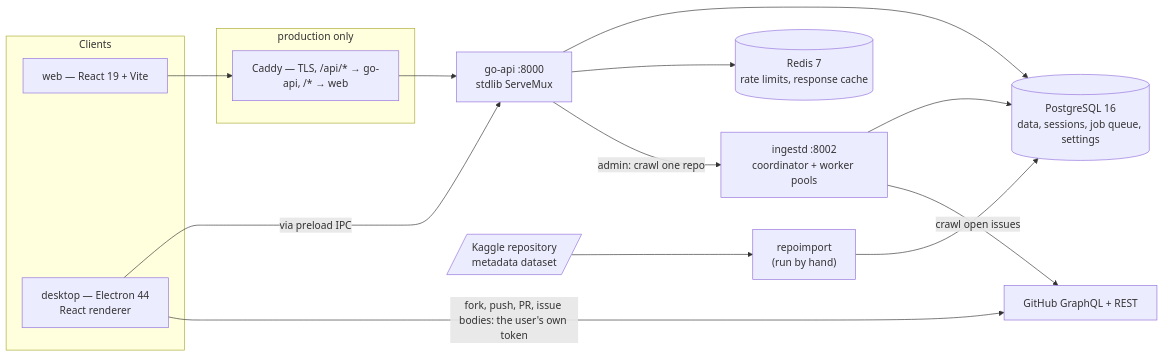
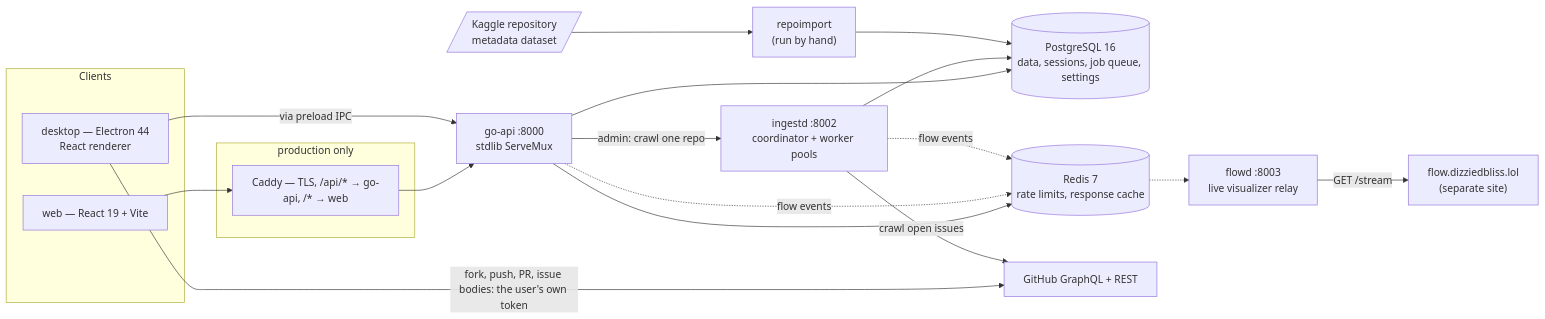
The diagram in ARCHITECTURE.md (dizziedbliss/SkillIssues), drawn with Mermaid before and after one commit. The commit also changed other lines of this file and 46 other files, not shown here.

First line of the commit message:
feat(flow): live flow tap in go-api and ingestd, and flowd to relay it

````diff
--- a/ARCHITECTURE.md
+++ b/ARCHITECTURE.md
@@ -8,29 +8,34 @@
 ```mermaid
 flowchart LR
     subgraph Clients
         Web["web — React 19 + Vite"]
         Desktop["desktop — Electron 44<br/>React renderer"]
     end
 
     subgraph Edge["production only"]
         Caddy["Caddy — TLS, /api/* → go-api, /* → web"]
     end
 
     API["go-api :8000<br/>stdlib ServeMux"]
     Ingestd["ingestd :8002<br/>coordinator + worker pools"]
+    Flowd["flowd :8003<br/>live visualizer relay"]
+    Viewers["flow.dizziedbliss.lol<br/>(separate site)"]
     PG[("PostgreSQL 16<br/>data, sessions, job queue, settings")]
     Redis[("Redis 7<br/>rate limits, response cache")]
     GH["GitHub GraphQL + REST"]
     Import["repoimport<br/>(run by hand)"]
     Kaggle[/"Kaggle repository<br/>metadata dataset"/]
 
     Web --> Caddy --> API
     Desktop -->|via preload IPC| API
     Desktop -->|fork, push, PR, issue bodies: the user's own token| GH
     API --> PG
     API --> Redis
     API -->|admin: crawl one repo| Ingestd
     Ingestd --> PG
     Ingestd -->|crawl open issues| GH
     Kaggle --> Import --> PG
+    API -.->|flow events| Redis
+    Ingestd -.->|flow events| Redis
+    Redis -.-> Flowd -->|GET /stream| Viewers
 ```
````
